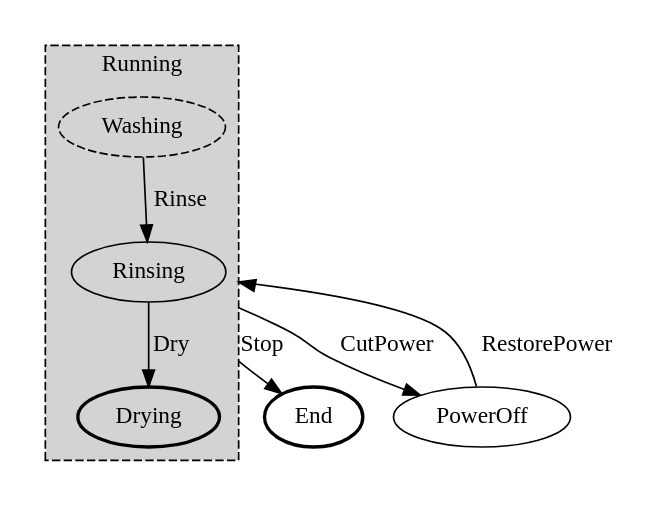
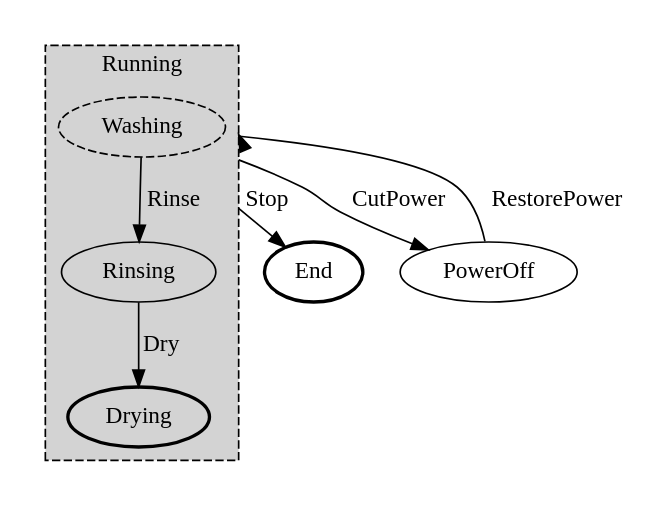
The diagram in net.tangly.fsm/src/site/pics/fsm-washer.dot (tangly-team/tangly-os), drawn with Graphviz before and after one commit. The commit also changed 7 other files, not shown here.

```diff
--- a/net.tangly.fsm/src/site/pics/fsm-washer.dot
+++ b/net.tangly.fsm/src/site/pics/fsm-washer.dot
@@ -1,21 +1,21 @@
 digraph G {
   compound=true;
 
   subgraph cluster1001 {
     style=invis;
     subgraph cluster1 {
       style="visible, dashed, filled";
       label = "Running"
       Washing [style="dashed"];
       Rinsing [];
       Drying [style="bold"];
     }
   }
   End [style="bold"];
   PowerOff [];
-  Rinsing -> End [ltail=cluster1, label="Stop"];
-  Rinsing -> PowerOff [ltail=cluster1, label="CutPower"];
+  Washing -> End [ltail=cluster1, label="Stop"];
+  Washing -> PowerOff [ltail=cluster1, label="CutPower"];
   Washing -> Rinsing [label="Rinse"];
   Rinsing -> Drying [label="Dry"];
-  PowerOff -> Rinsing [lhead=cluster1, label="RestorePower"];
+  PowerOff -> Washing [lhead=cluster1, label="RestorePower"];
 }
```
